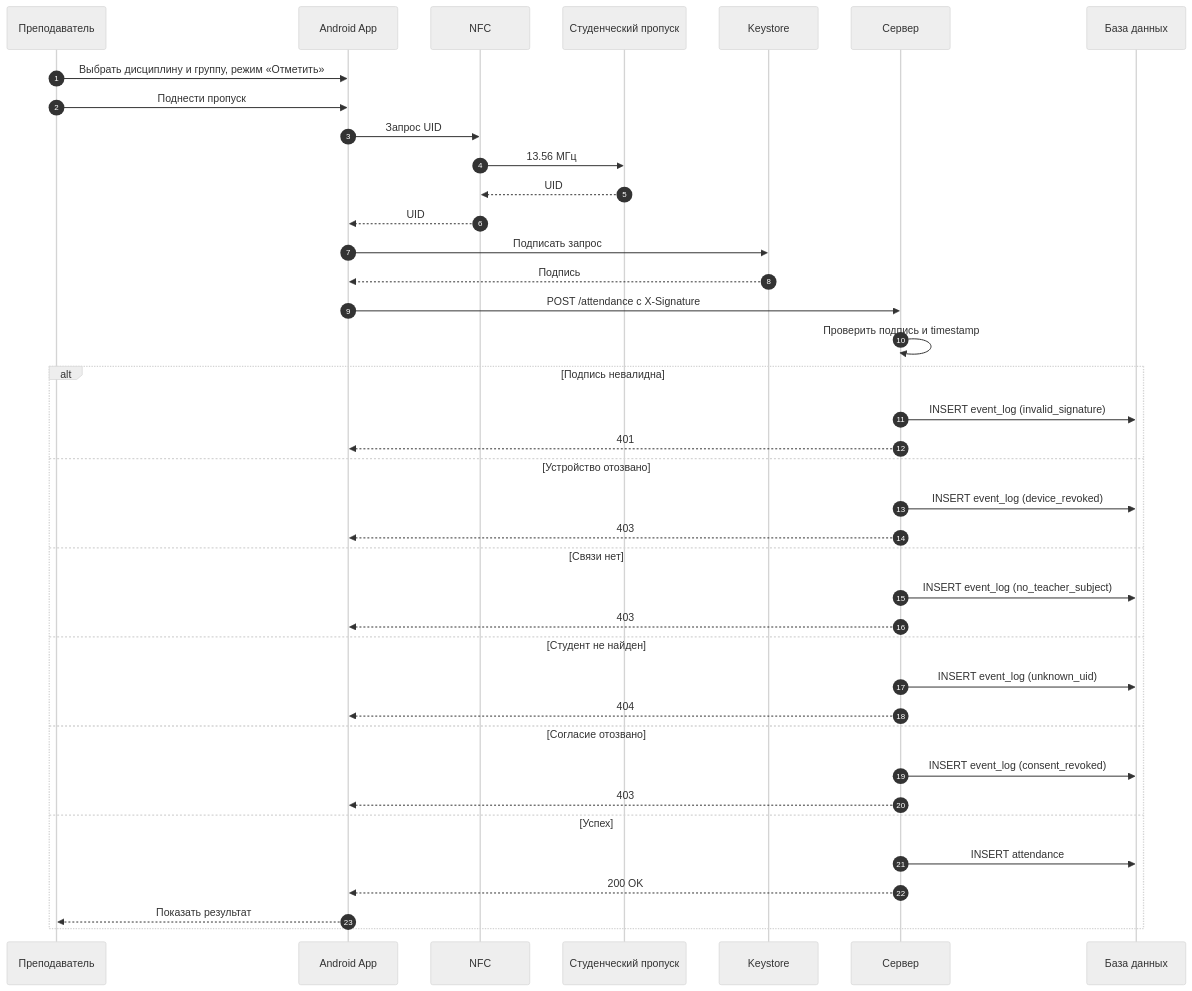
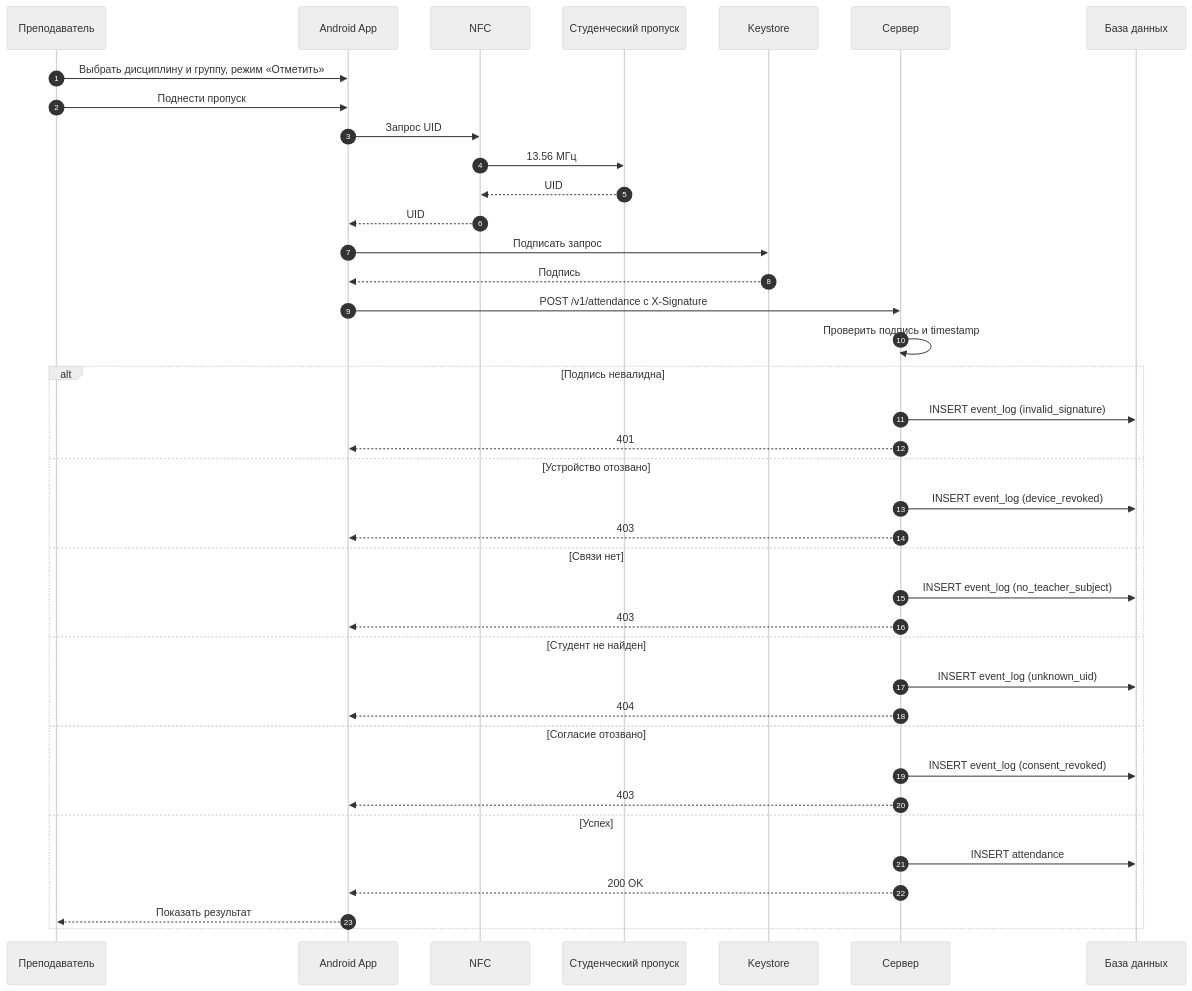
One commit to SP4CEVI/iasu-2.0 changed the ninth of 13 diagrams in concept.md. Above: the diagram before and after it, drawn with Mermaid (neutral theme). The commit also changed other lines of this file, not shown here.

````diff
--- a/concept.md
+++ b/concept.md
@@ -1095,42 +1129,42 @@
 ```mermaid
 sequenceDiagram
     autonumber
     participant Teacher as Преподаватель
     participant App as Android App
     participant NFC as NFC
     participant Card as Студенческий пропуск
     participant KS as Keystore
     participant API as Сервер
     participant DB as База данных
 
     Teacher->>App: Выбрать дисциплину и группу, режим «Отметить»
     Teacher->>App: Поднести пропуск
     App->>NFC: Запрос UID
     NFC->>Card: 13.56 МГц
     Card-->>NFC: UID
     NFC-->>App: UID
     App->>KS: Подписать запрос
     KS-->>App: Подпись
-    App->>API: POST /attendance с X-Signature
+    App->>API: POST /v1/attendance с X-Signature
     API->>API: Проверить подпись и timestamp
     alt Подпись невалидна
         API->>DB: INSERT event_log (invalid_signature)
         API-->>App: 401
     else Устройство отозвано
         API->>DB: INSERT event_log (device_revoked)
         API-->>App: 403
     else Связи нет
         API->>DB: INSERT event_log (no_teacher_subject)
         API-->>App: 403
     else Студент не найден
         API->>DB: INSERT event_log (unknown_uid)
         API-->>App: 404
     else Согласие отозвано
         API->>DB: INSERT event_log (consent_revoked)
         API-->>App: 403
     else Успех
         API->>DB: INSERT attendance
         API-->>App: 200 OK
         App-->>Teacher: Показать результат
     end
 ```
````
